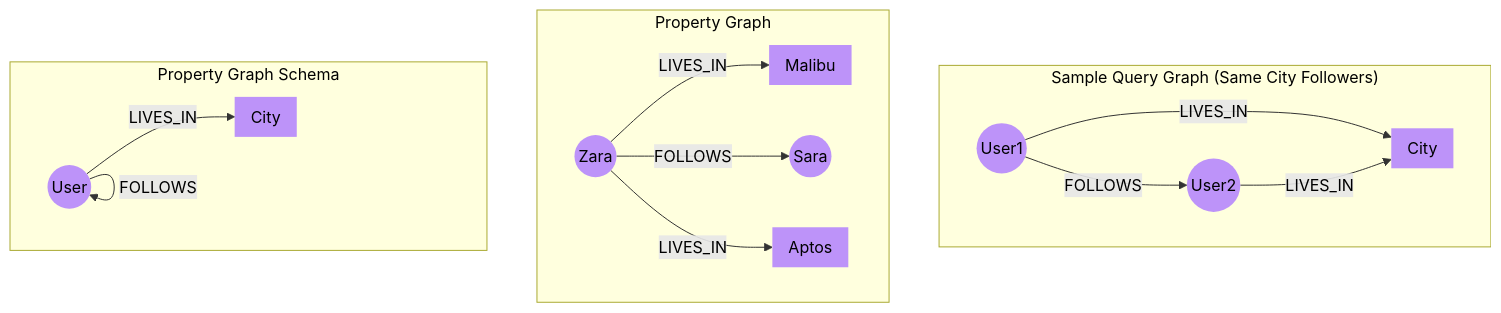
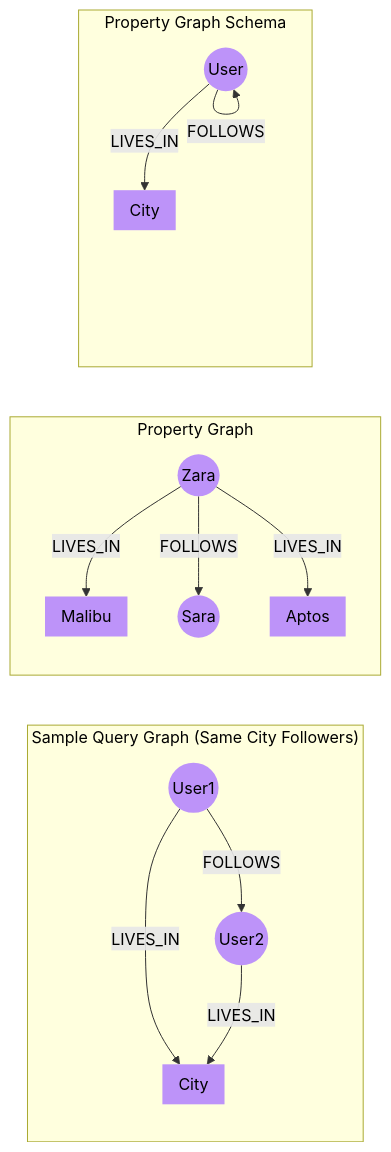
One commit to saqib-ali/docs changed the diagram in snippets/property-graph.mdx. Above: the diagram before and after it, drawn with Mermaid.

Commit message:
Update Mermaid graph syntax in property-graph.mdx
Mintlify-Source: dashboard-editor

````diff
--- a/snippets/property-graph.mdx
+++ b/snippets/property-graph.mdx
@@ -1,52 +1,52 @@
 ```mermaid
-graph
+graph LR
 %%{init: {'flowchart': {'padding': 0,"top": 0,"bottom": 0, 'diagramPadding':0, 'nodeSpacing': 0, 'rankSpacing':0}}}%%
 
 subgraph s3["Sample Query Graph (Same City Followers)"]
 
 User1@{ shape: "circle" }
 User2@{ shape: "circle" }
 City3["City"]
 
 User1 -->|FOLLOWS| User2
 User1 -->|LIVES_IN| City3
 User2 -->|LIVES_IN| City3
 end
 
 subgraph s1["Property Graph"]
 Zara@{ shape: "circle" }
 Sara@{ shape: "circle" }
 
 C1["Malibu"]
 C2["Aptos"]
 
 %% LIVES_IN relationships
 Zara -- "LIVES_IN" --> C1
 %% FOLLOWS relationships
 Zara -- "FOLLOWS" --> Sara
 Zara@{ shape: "circle" } -- "LIVES_IN" --> C2
 
 
 
 end
 
 subgraph s2["Property Graph Schema"]
 
 
 User@{ shape: "circle" }
 City["City"]
 
 User@{ label: "User" } -->|"LIVES_IN"| City
 User -- FOLLOWS --> User
 
 end
 
 
 classDef nodes fill:#BD93F9,stroke-width:0px, color:#000000
 class User1,User2,User,U1,U2,Zara,Sara nodes
 
 
 classDef cities fill:#BD93F9,stroke-width:0px
 class City,C1,C2,City3 cities
 
 ```
````
